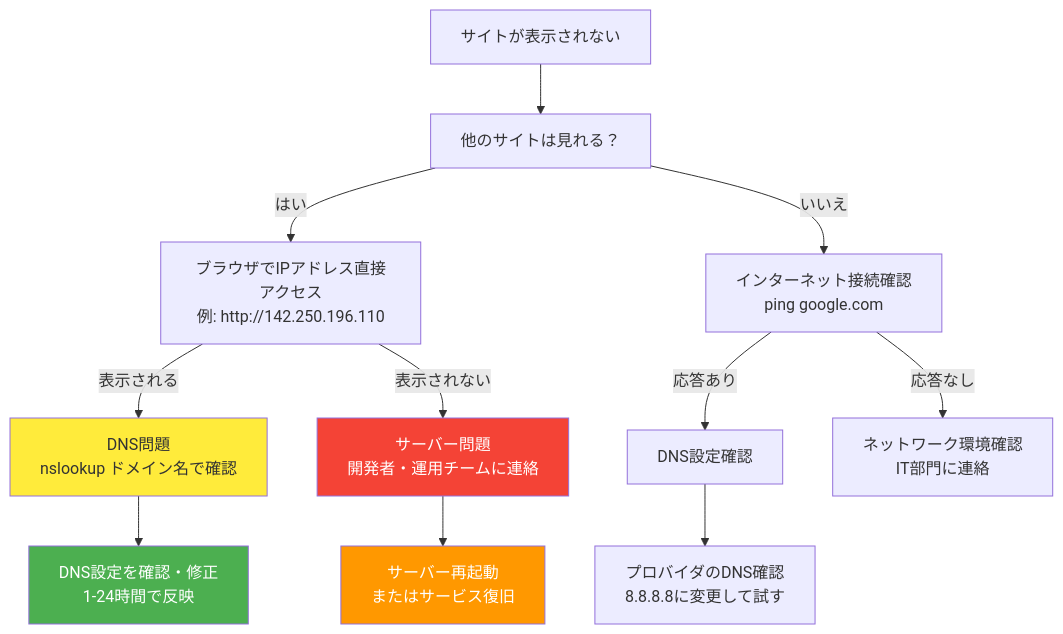
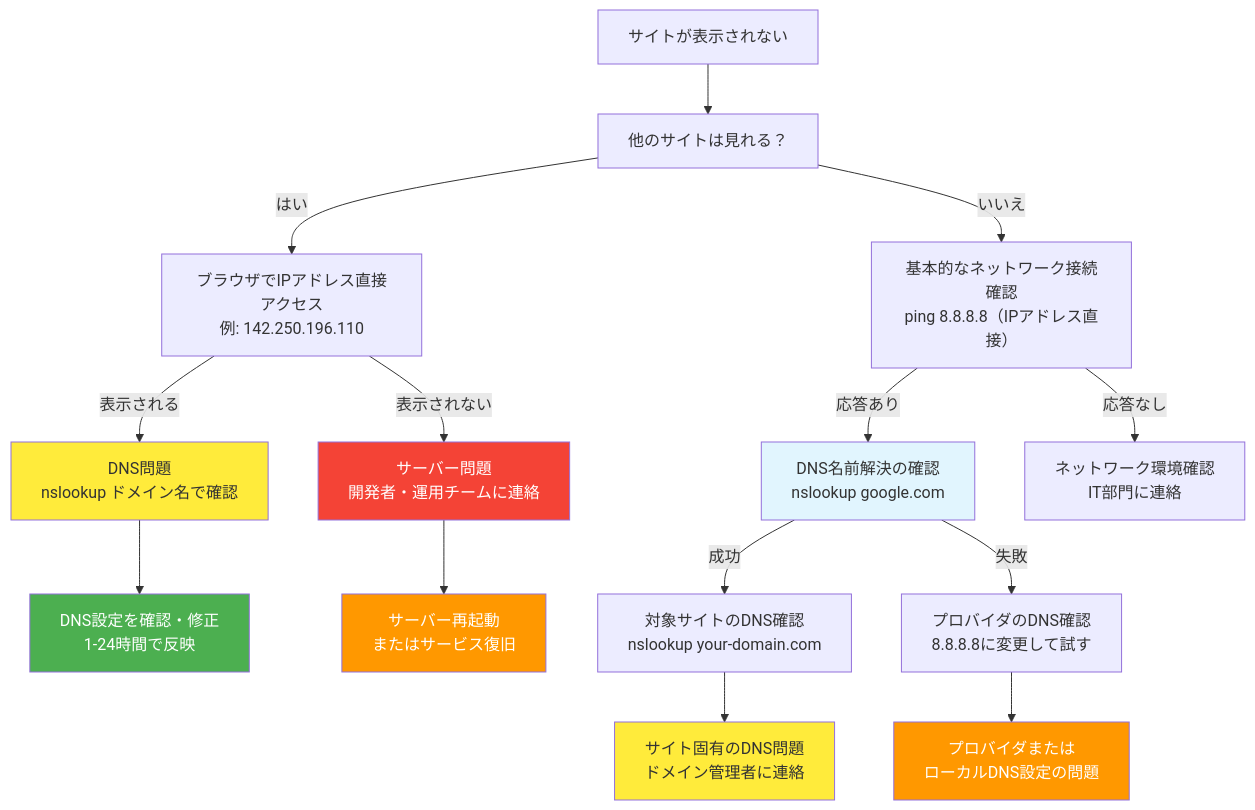
The eighth of 8 diagrams in docs/02_Web基礎理解/01_必須_インターネットとWebの世界.md (Monzi-takuya/web-fundamentals-for-non-engineers), drawn with Mermaid before and after one commit. The commit also changed other lines of this file, not shown here.

Commit message:
図の修正、構成変更

````diff
--- a/docs/02_Web基礎理解/01_必須_インターネットとWebの世界.md
+++ b/docs/02_Web基礎理解/01_必須_インターネットとWebの世界.md
@@ -832,21 +847,28 @@
 ```mermaid
 flowchart TD
     A["サイトが表示されない"] --> B["他のサイトは見れる？"]
-    B -->|はい| C["ブラウザでIPアドレス直接アクセス<br/>例: http://142.250.196.110"]
-    B -->|いいえ| D["インターネット接続確認<br/>ping google.com"]
+    B -->|はい| C["ブラウザでIPアドレス直接アクセス<br/>例: 142.250.196.110"]
+    B -->|いいえ| D["基本的なネットワーク接続確認<br/>ping 8.8.8.8（IPアドレス直接）"]
     
     C -->|表示される| E["DNS問題<br/>nslookup ドメイン名で確認"]
     C -->|表示されない| F["サーバー問題<br/>開発者・運用チームに連絡"]
     
-    D -->|応答あり| G["DNS設定確認"]
+    D -->|応答あり| G["DNS名前解決の確認<br/>nslookup google.com"]
     D -->|応答なし| H["ネットワーク環境確認<br/>IT部門に連絡"]
     
-    E --> I["DNS設定を確認・修正<br/>1-24時間で反映"]
-    F --> J["サーバー再起動<br/>またはサービス復旧"]
-    G --> K["プロバイダのDNS確認<br/>8.8.8.8に変更して試す"]
+    G -->|成功| I["対象サイトのDNS確認<br/>nslookup your-domain.com"]
+    G -->|失敗| J["プロバイダのDNS確認<br/>8.8.8.8に変更して試す"]
+    
+    E --> K["DNS設定を確認・修正<br/>1-24時間で反映"]
+    F --> L["サーバー再起動<br/>またはサービス復旧"]
+    I --> M["サイト固有のDNS問題<br/>ドメイン管理者に連絡"]
+    J --> N["プロバイダまたは<br/>ローカルDNS設定の問題"]
     
     style E fill:#ffeb3b
     style F fill:#f44336,color:#fff
-    style I fill:#4caf50,color:#fff
-    style J fill:#ff9800,color:#fff
+    style G fill:#e1f5fe
+    style K fill:#4caf50,color:#fff
+    style L fill:#ff9800,color:#fff
+    style M fill:#ffeb3b
+    style N fill:#ff9800,color:#fff
 ```
````
